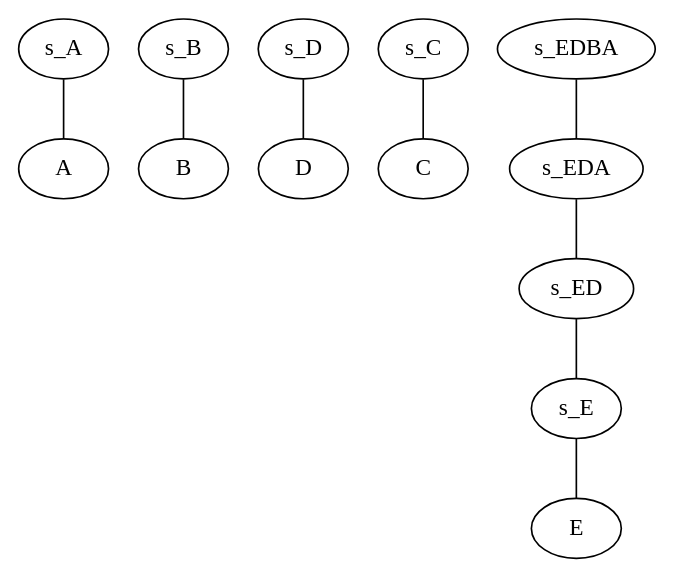
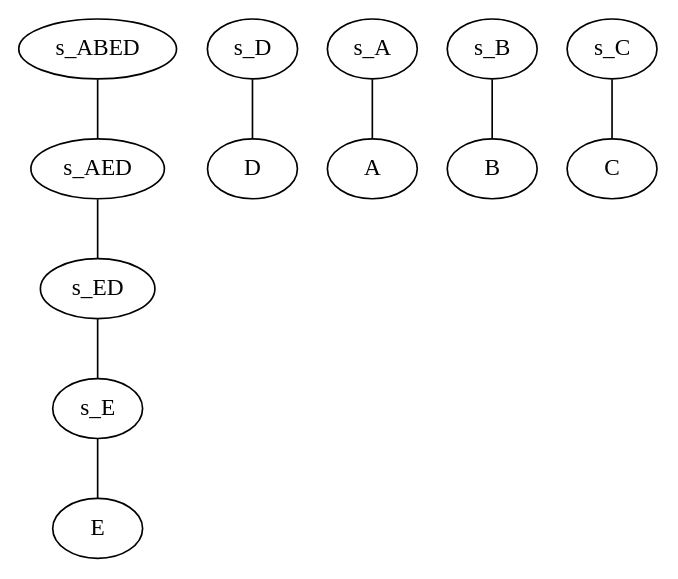
One commit to lrodrin/TFG changed the diagram in src/final/Estructura.dot. Above: the diagram before and after it, drawn with Graphviz. The commit also changed 1 other file, not shown here.

```diff
--- a/src/final/Estructura.dot
+++ b/src/final/Estructura.dot
@@ -1,16 +1,16 @@
 digraph G {
 compound=True;
+E;
+D;
 A;
 B;
-D;
 C;
-E;
+s_E -> E  [arrowhead=none];
+s_D -> D  [arrowhead=none];
 s_A -> A  [arrowhead=none];
 s_B -> B  [arrowhead=none];
-s_D -> D  [arrowhead=none];
 s_C -> C  [arrowhead=none];
-s_E -> E  [arrowhead=none];
-s_EDBA -> s_EDA  [arrowhead=none, lhead=cluster_EDBA];
-s_EDA -> s_ED  [arrowhead=none, lhead=cluster_EDA];
-s_ED -> s_E  [arrowhead=none, lhead=cluster_ED];
+s_ABED -> s_AED  [lhead=cluster_ABED, arrowhead=none];
+s_AED -> s_ED  [lhead=cluster_AED, arrowhead=none];
+s_ED -> s_E  [lhead=cluster_ED, arrowhead=none];
 }
```
